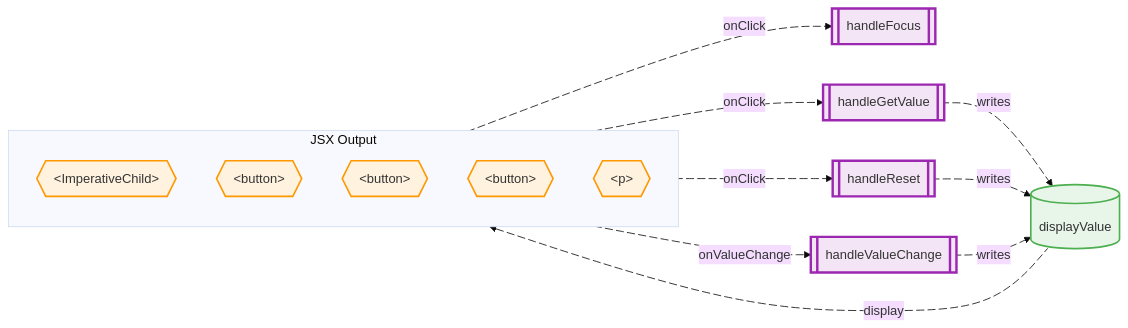
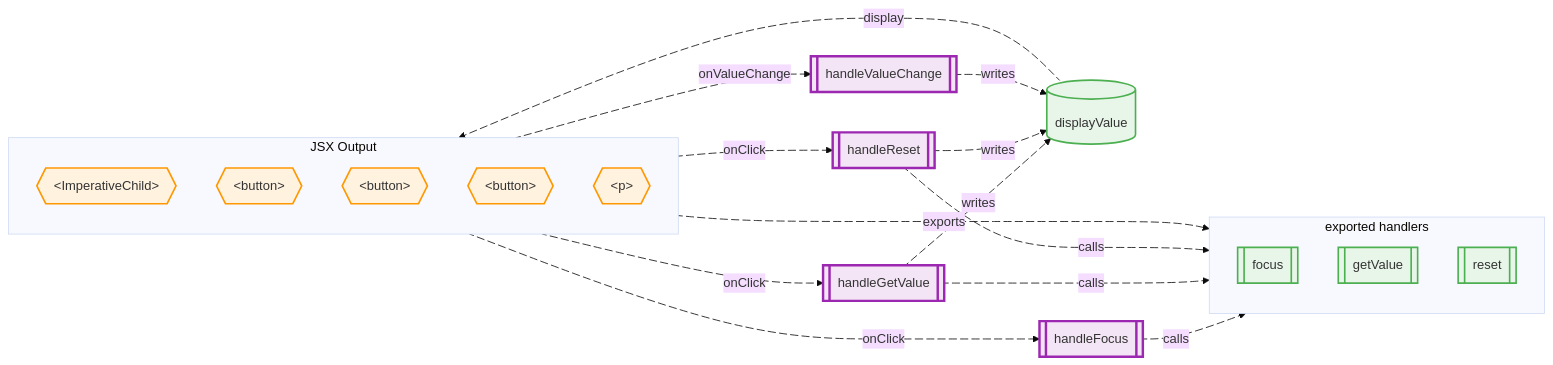
The diagram in examples/react-vite/src/components/003-ImperativeHandle.mmd (shibukawa/web-component-analyzer), drawn with Mermaid before and after one commit. The commit also changed 39 other files, not shown here.

```diff
--- a/examples/react-vite/src/components/003-ImperativeHandle.mmd
+++ b/examples/react-vite/src/components/003-ImperativeHandle.mmd
@@ -1,56 +1,79 @@
 %%{init: {'theme': 'base', 'themeVariables': {'fontFamily': 'Comic Sans MS, cursive'}, 'flowchart': {'curve': 'basis', 'padding': 20}}}%%
 flowchart LR
   state_0[("displayValue")]
   process_1[["handleFocus"]]
   process_2[["handleGetValue"]]
   process_3[["handleReset"]]
   process_4[["handleValueChange"]]
+  childRef_exported_handlers_focus[["focus"]]
+  childRef_exported_handlers_getValue[["getValue"]]
+  childRef_exported_handlers_reset[["reset"]]
   jsx_element_0["ImperativeChild"]
   jsx_element_1["button"]
   jsx_element_2["button"]
   jsx_element_3["button"]
   jsx_element_4["p"]
   subgraph subgraph_0["JSX Output"]
     direction TB
       jsx_element_0@{ shape: hex, label: "&lt;ImperativeChild&gt;" }
       jsx_element_1@{ shape: hex, label: "&lt;button&gt;" }
       jsx_element_2@{ shape: hex, label: "&lt;button&gt;" }
       jsx_element_3@{ shape: hex, label: "&lt;button&gt;" }
       jsx_element_4@{ shape: hex, label: "&lt;p&gt;" }
   end
+  subgraph childRef_exported_handlers["exported handlers"]
+    direction TB
+      childRef_exported_handlers_focus[["focus"]]
+      childRef_exported_handlers_getValue[["getValue"]]
+      childRef_exported_handlers_reset[["reset"]]
+  end
+  process_1 eprocess_1_childRef_exported_handlers_focus@-->|"calls"| childRef_exported_handlers_focus
+  eprocess_1_childRef_exported_handlers_focus@{ animate: true }
+  process_2 eprocess_2_childRef_exported_handlers_getValue@-->|"calls"| childRef_exported_handlers_getValue
+  eprocess_2_childRef_exported_handlers_getValue@{ animate: true }
+  process_3 eprocess_3_childRef_exported_handlers_reset@-->|"calls"| childRef_exported_handlers_reset
+  eprocess_3_childRef_exported_handlers_reset@{ animate: true }
   state_0 estate_0_jsx_element_4@-->|"display"| jsx_element_4
   estate_0_jsx_element_4@{ animate: true }
   jsx_element_0 ejsx_element_0_process_4@-->|"onValueChange"| process_4
   ejsx_element_0_process_4@{ animate: true }
   jsx_element_1 ejsx_element_1_process_1@-->|"onClick"| process_1
   ejsx_element_1_process_1@{ animate: true }
   jsx_element_2 ejsx_element_2_process_2@-->|"onClick"| process_2
   ejsx_element_2_process_2@{ animate: true }
   jsx_element_3 ejsx_element_3_process_3@-->|"onClick"| process_3
   ejsx_element_3_process_3@{ animate: true }
   process_2 eprocess_2_state_0@-->|"writes"| state_0
   eprocess_2_state_0@{ animate: true }
   process_3 eprocess_3_state_0@-->|"writes"| state_0
   eprocess_3_state_0@{ animate: true }
   process_4 eprocess_4_state_0@-->|"writes"| state_0
   eprocess_4_state_0@{ animate: true }
+  jsx_element_0 ejsx_element_0_childRef_exported_handlers@---->|"exports"| childRef_exported_handlers
+  ejsx_element_0_childRef_exported_handlers@{ animate: true }
 
   %% Styling
   classDef inputProp fill:#E3F2FD,stroke:#2196F3,stroke-width:2px
   classDef outputProp fill:#FFF3E0,stroke:#FF9800,stroke-width:2px
   classDef process fill:#F3E5F5,stroke:#9C27B0,stroke-width:3px
   classDef dataStore fill:#E8F5E9,stroke:#4CAF50,stroke-width:2px
   classDef jsxElement fill:#FFF3E0,stroke:#FF9800,stroke-width:2px
   classDef contextData fill:#E1F5FE,stroke:#0288D1,stroke-width:2px
   classDef contextFunction fill:#FFF9C4,stroke:#F57C00,stroke-width:2px
   classDef exportedHandler fill:#E8F5E9,stroke:#4CAF50,stroke-width:2px
   class state_0 dataStore
   class process_1 process
   class process_2 process
   class process_3 process
   class process_4 process
+  class childRef_exported_handlers_focus process
+  class childRef_exported_handlers_getValue process
+  class childRef_exported_handlers_reset process
   class jsx_element_0 jsxElement
   class jsx_element_1 jsxElement
   class jsx_element_2 jsxElement
   class jsx_element_3 jsxElement
   class jsx_element_4 jsxElement
+  class childRef_exported_handlers_focus exportedHandler
+  class childRef_exported_handlers_getValue exportedHandler
+  class childRef_exported_handlers_reset exportedHandler
```
